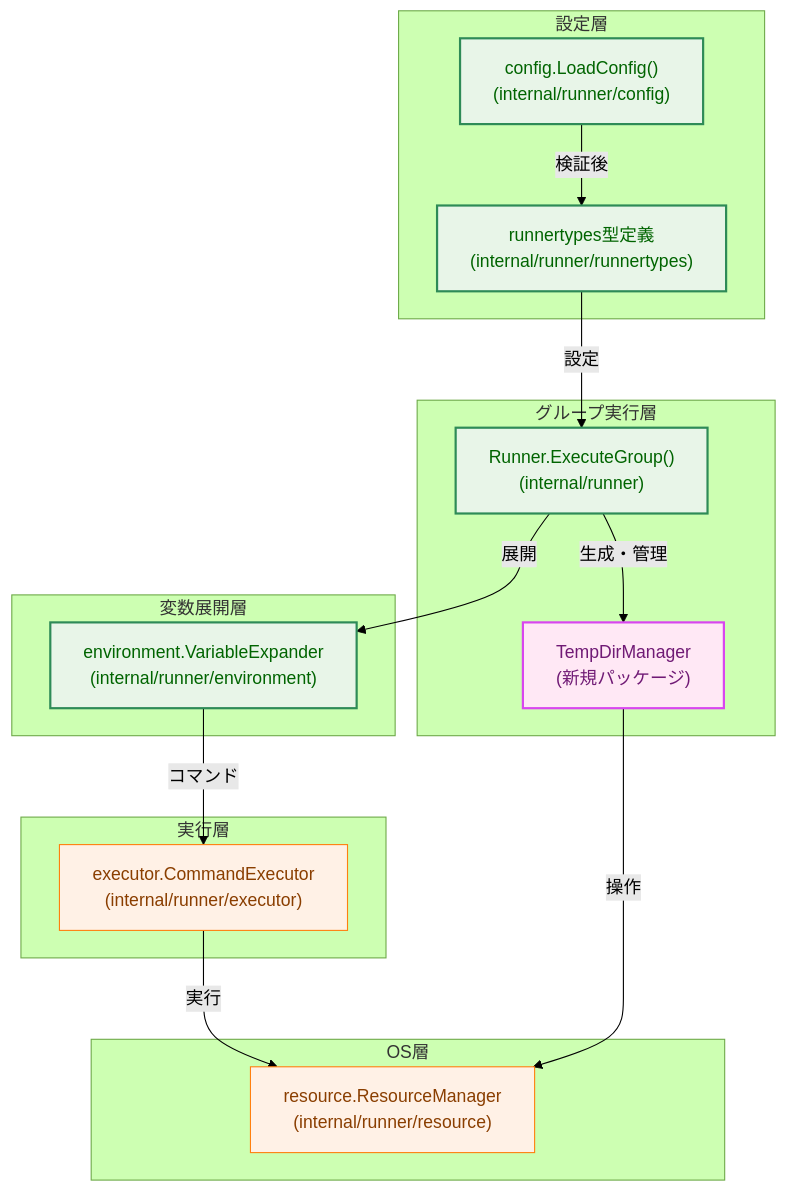
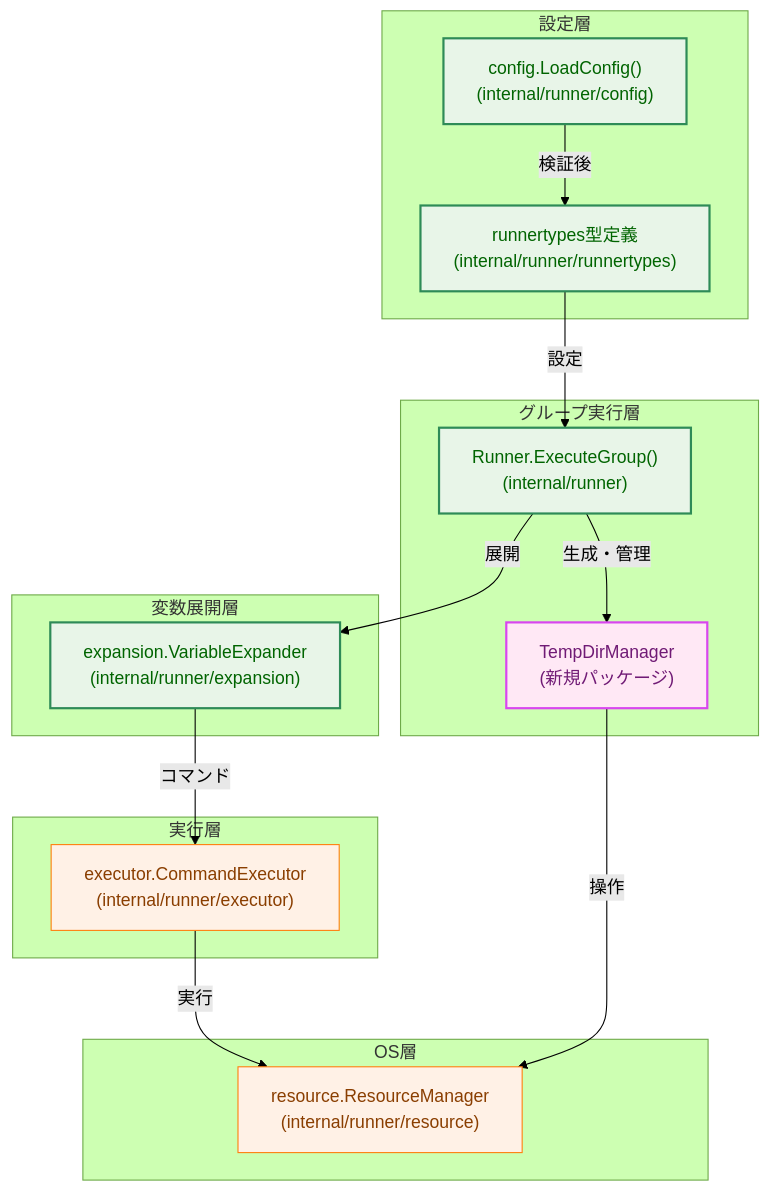
One commit to isseis/go-safe-cmd-runner changed the second of 11 diagrams in docs/tasks/0034_workdir_redesign/02_architecture.md. Above: the diagram before and after it, drawn with Mermaid (forest theme).

Commit message:
dox: fix package name

````diff
--- a/docs/tasks/0034_workdir_redesign/02_architecture.md
+++ b/docs/tasks/0034_workdir_redesign/02_architecture.md
@@ -142,45 +142,45 @@
 ```mermaid
 graph TB
     classDef data fill:#e6f7ff,stroke:#1f77b4,stroke-width:1px,color:#0b3d91;
     classDef existing fill:#fff1e6,stroke:#ff7f0e,stroke-width:1px,color:#8a3e00;
     classDef enhanced fill:#e8f5e8,stroke:#2e8b57,stroke-width:2px,color:#006400;
     classDef new fill:#ffe8f5,stroke:#d946ef,stroke-width:2px,color:#701a75;
 
     subgraph ConfigLayer["設定層"]
         ConfigLoader["config.LoadConfig()<br/>(internal/runner/config)"]
         Validation["runnertypes型定義<br/>(internal/runner/runnertypes)"]
     end
 
     subgraph GroupLayer["グループ実行層"]
         Runner["Runner.ExecuteGroup()<br/>(internal/runner)"]
         TempDirManager["TempDirManager<br/>(新規パッケージ)"]
     end
 
     subgraph ExpansionLayer["変数展開層"]
-        VariableExpander["environment.VariableExpander<br/>(internal/runner/environment)"]
+        VariableExpander["expansion.VariableExpander<br/>(internal/runner/expansion)"]
     end
 
     subgraph ExecutionLayer["実行層"]
         CommandExecutor["executor.CommandExecutor<br/>(internal/runner/executor)"]
     end
 
     subgraph OSLayer["OS層"]
         ResourceManager["resource.ResourceManager<br/>(internal/runner/resource)"]
     end
 
     ConfigLoader -->|検証後| Validation
     Validation -->|設定| Runner
     Runner -->|生成・管理| TempDirManager
     Runner -->|展開| VariableExpander
     VariableExpander -->|コマンド| CommandExecutor
     CommandExecutor -->|実行| ResourceManager
     TempDirManager -->|操作| ResourceManager
 
     class ConfigLoader enhanced;
     class Validation enhanced;
     class Runner enhanced;
     class TempDirManager new;
     class VariableExpander enhanced;
     class CommandExecutor existing;
     class ResourceManager existing;
 ```
````
